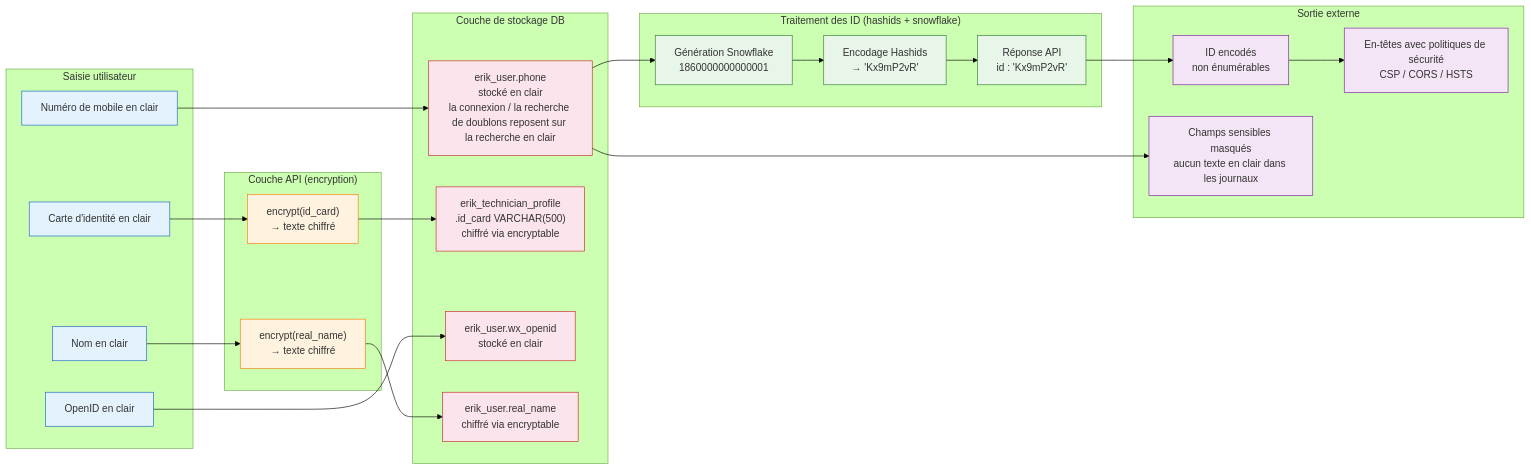
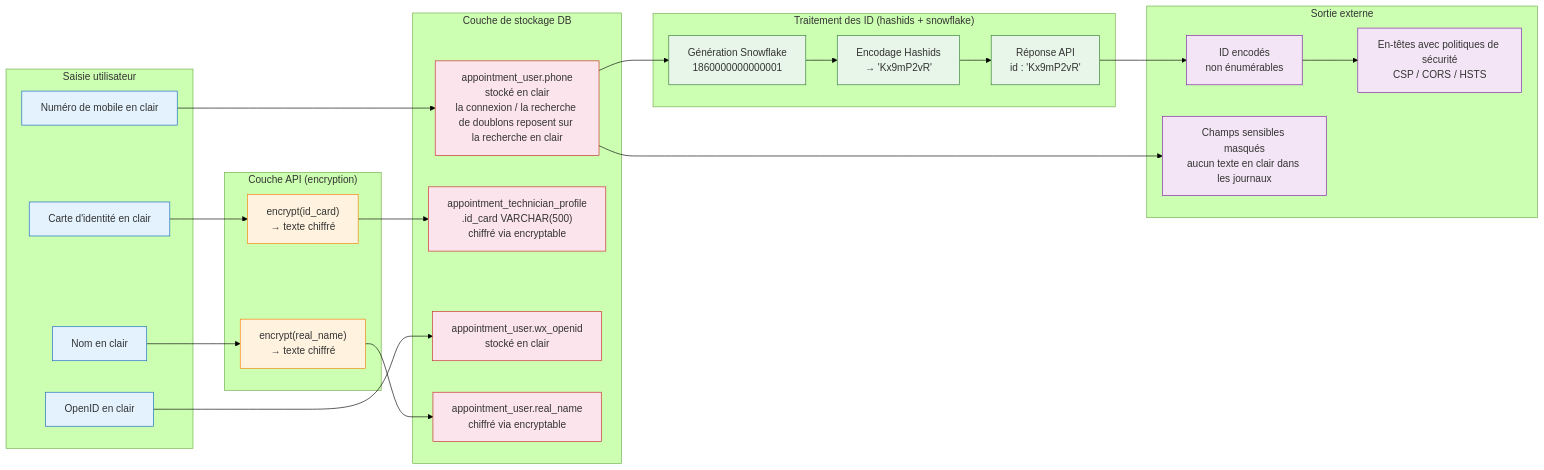
One commit to erikwang2013/appointment-php changed the fourth of 4 diagrams in docs/fr/diagrams/SECURITY-ARCHITECTURE.md. Above: the diagram before and after it, drawn with Mermaid (forest theme). The commit also changed 363 other files, not shown here.

````diff
--- a/docs/fr/diagrams/SECURITY-ARCHITECTURE.md
+++ b/docs/fr/diagrams/SECURITY-ARCHITECTURE.md
@@ -177,54 +177,54 @@
 ```mermaid
 flowchart LR
     subgraph 输入["Saisie utilisateur"]
         I1["Numéro de mobile en clair"]
         I2["Carte d'identité en clair"]
         I3["OpenID en clair"]
         I4["Nom en clair"]
     end
 
     subgraph API加密["Couche API (encryption)"]
         E1["encrypt(id_card)<br/>→ texte chiffré"]
         E2["encrypt(real_name)<br/>→ texte chiffré"]
     end
 
     subgraph DB存储["Couche de stockage DB"]
-        D1["erik_user.phone<br/>stocké en clair<br/>la connexion / la recherche de doublons reposent sur la recherche en clair"]
-        D2["erik_technician_profile<br/>.id_card VARCHAR(500)<br/>chiffré via encryptable"]
-        D3["erik_user.wx_openid<br/>stocké en clair"]
-        D4["erik_user.real_name<br/>chiffré via encryptable"]
+        D1["appointment_user.phone<br/>stocké en clair<br/>la connexion / la recherche de doublons reposent sur la recherche en clair"]
+        D2["appointment_technician_profile<br/>.id_card VARCHAR(500)<br/>chiffré via encryptable"]
+        D3["appointment_user.wx_openid<br/>stocké en clair"]
+        D4["appointment_user.real_name<br/>chiffré via encryptable"]
     end
 
     subgraph ID处理["Traitement des ID (hashids + snowflake)"]
         H1["Génération Snowflake<br/>1860000000000001"]
         H2["Encodage Hashids<br/>→ 'Kx9mP2vR'"]
         H3["Réponse API<br/>id : 'Kx9mP2vR'"]
     end
 
     subgraph 输出["Sortie externe"]
         O1["ID encodés<br/>non énumérables"]
         O2["Champs sensibles masqués<br/>aucun texte en clair dans les journaux"]
         O3["En-têtes avec politiques de sécurité<br/>CSP / CORS / HSTS"]
     end
 
     I1 --> D1
     I2 --> E1 --> D2
     I3 --> D3
     I4 --> E2 --> D4
     D1 --> H1 --> H2 --> H3
     H3 --> O1
     D1 --> O2
     O1 --> O3
 
     classDef input fill:#e3f2fd,stroke:#1565c0,color:#333
     classDef encrypt fill:#fff3e0,stroke:#f57c00,color:#333
     classDef db fill:#fce4ec,stroke:#c62828,color:#333
     classDef id fill:#e8f5e9,stroke:#2e7d32,color:#333
     classDef output fill:#f3e5f5,stroke:#7b1fa2,color:#333
 
     class I1,I2,I3,I4 input
     class E1,E2 encrypt
     class D1,D2,D3,D4 db
     class H1,H2,H3 id
     class O1,O2,O3 output
 ```
````
